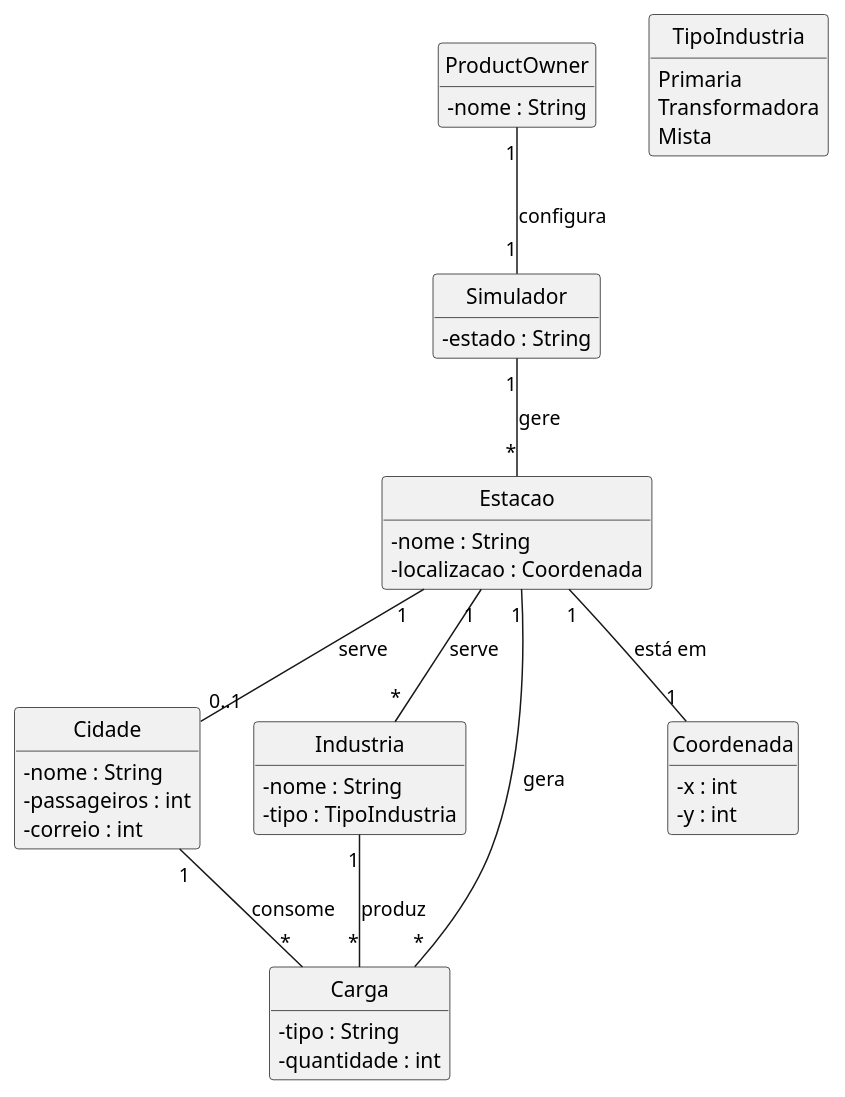
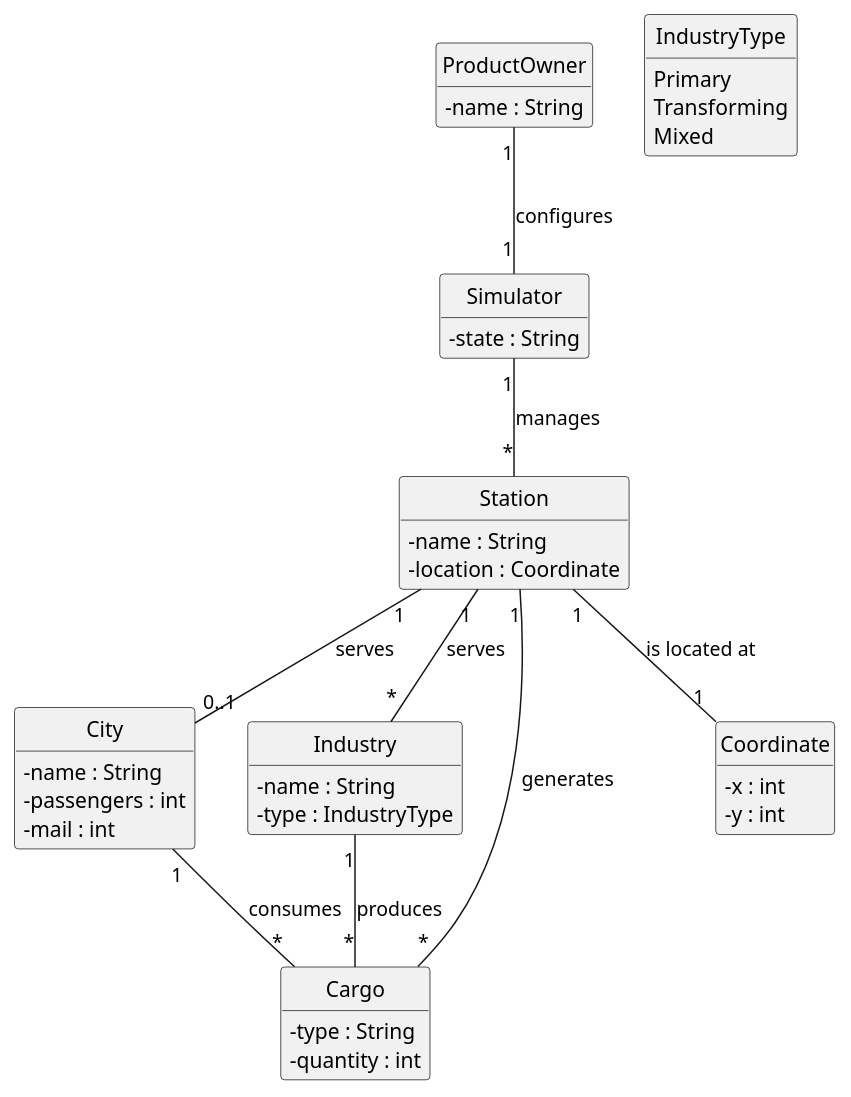
One commit to Andremonteiro1240850/railway_simulator changed the diagram in docs/system-documentation/US12/02.analisys.us12/puml/us12analysis.puml. Above: the diagram before and after it, drawn with PlantUML. The commit also changed 18 other files, not shown here.

```diff
--- a/docs/system-documentation/US12/02.analisys.us12/puml/us12analysis.puml
+++ b/docs/system-documentation/US12/02.analisys.us12/puml/us12analysis.puml
@@ -1,64 +1,61 @@
 @startuml
 
 skinparam monochrome true
 skinparam packageStyle rectangle
 skinparam shadowing false
 
-'left to right direction
-
 skinparam classAttributeIconSize 0
 
 hide circle
 hide methods
 
-
 class ProductOwner {
-  - nome : String
+  - name : String
 }
 
-class Simulador {
-  - estado : String
+class Simulator {
+  - state : String
 }
 
-class Estacao {
-  - nome : String
-  - localizacao : Coordenada
+class Station {
+  - name : String
+  - location : Coordinate
 }
 
-class Cidade {
-  - nome : String
-  - passageiros : int
-  - correio : int
+class City {
+  - name : String
+  - passengers : int
+  - mail : int
 }
 
-class Industria {
-  - nome : String
-  - tipo : TipoIndustria
+class Industry {
+  - name : String
+  - type : IndustryType
 }
 
-class Carga {
-  - tipo : String
-  - quantidade : int
+class Cargo {
+  - type : String
+  - quantity : int
 }
 
-class Coordenada {
+class Coordinate {
   - x : int
   - y : int
 }
 
-enum TipoIndustria {
-  Primaria
-  Transformadora
-  Mista
+enum IndustryType {
+  Primary
+  Transforming
+  Mixed
 }
 
-ProductOwner "1" -- "1" Simulador : configura
-Simulador "1" -- "*" Estacao : gere
-Estacao "1" -- "*" Carga : gera
-Estacao "1" -- "0..1" Cidade : serve
-Estacao "1" -- "*" Industria : serve
-Cidade "1" -- "*" Carga : consome
-Industria "1" -- "*" Carga : produz
-Estacao "1" -- "1" Coordenada : está em
+ProductOwner "1" -- "1" Simulator : configures
+Simulator "1" -- "*" Station : manages
+Station "1" -- "*" Cargo : generates
+Station "1" -- "0..1" City : serves
+Station "1" -- "*" Industry : serves
+City "1" -- "*" Cargo : consumes
+Industry "1" -- "*" Cargo : produces
+Station "1" -- "1" Coordinate : is located at
 
 @enduml
```
